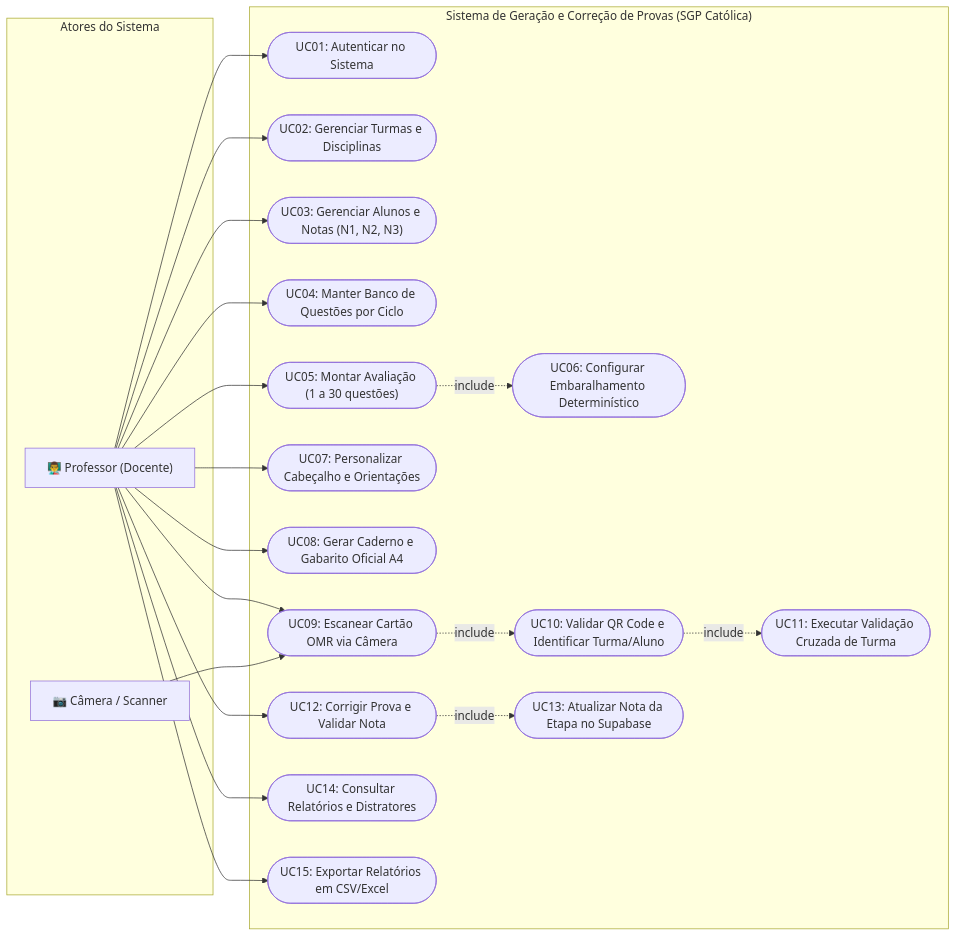
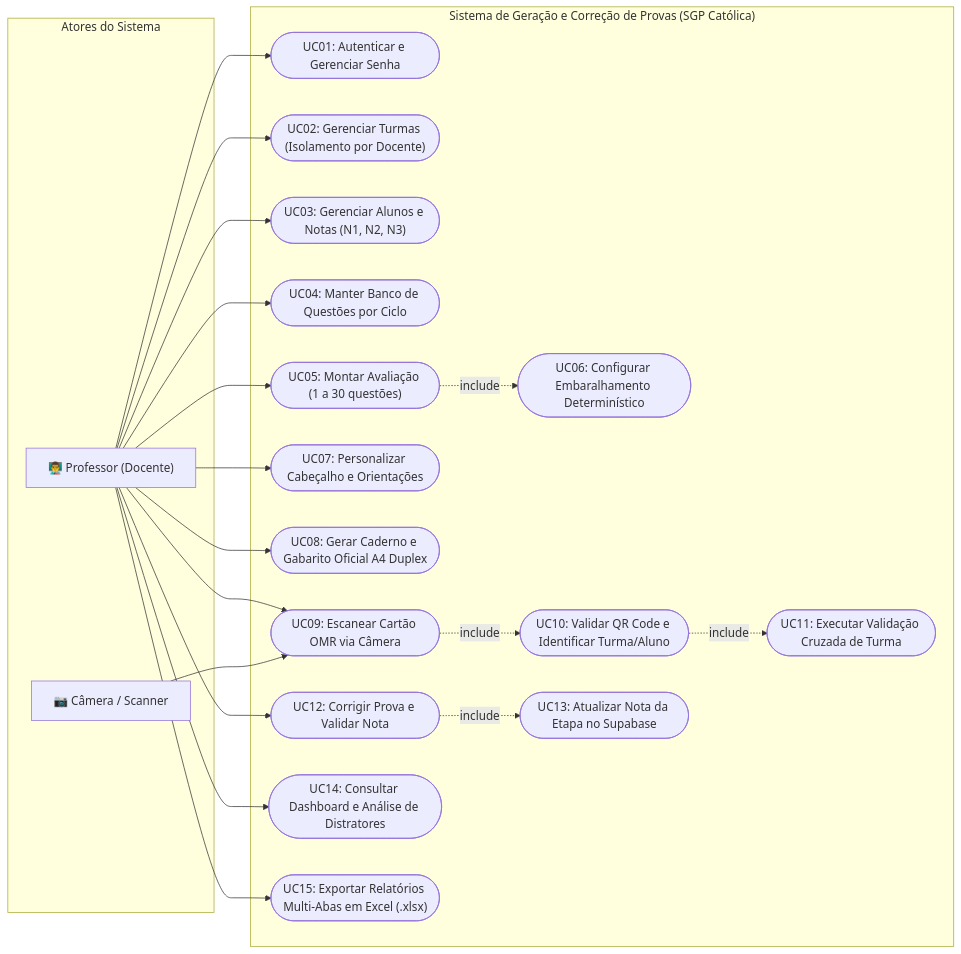
Before and after one commit to Agenorsc/SGP-CATOLICA-NEXT: the diagram in README.md, drawn with Mermaid. The commit also changed other lines of this file, not shown here.

````diff
--- a/README.md
+++ b/README.md
@@ -187,44 +154,44 @@
 ```mermaid
 flowchart LR
     subgraph Atores["Atores do Sistema"]
         Prof["👨‍🏫 Professor (Docente)"]
         Cam["📷 Câmera / Scanner"]
     end
 
     subgraph SGP["Sistema de Geração e Correção de Provas (SGP Católica)"]
-        UC01(["UC01: Autenticar no Sistema"])
-        UC02(["UC02: Gerenciar Turmas e Disciplinas"])
+        UC01(["UC01: Autenticar e Gerenciar Senha"])
+        UC02(["UC02: Gerenciar Turmas (Isolamento por Docente)"])
         UC03(["UC03: Gerenciar Alunos e Notas (N1, N2, N3)"])
         UC04(["UC04: Manter Banco de Questões por Ciclo"])
         UC05(["UC05: Montar Avaliação (1 a 30 questões)"])
         UC06(["UC06: Configurar Embaralhamento Determinístico"])
         UC07(["UC07: Personalizar Cabeçalho e Orientações"])
-        UC08(["UC08: Gerar Caderno e Gabarito Oficial A4"])
+        UC08(["UC08: Gerar Caderno e Gabarito Oficial A4 Duplex"])
         UC09(["UC09: Escanear Cartão OMR via Câmera"])
         UC10(["UC10: Validar QR Code e Identificar Turma/Aluno"])
         UC11(["UC11: Executar Validação Cruzada de Turma"])
         UC12(["UC12: Corrigir Prova e Validar Nota"])
         UC13(["UC13: Atualizar Nota da Etapa no Supabase"])
-        UC14(["UC14: Consultar Relatórios e Distratores"])
-        UC15(["UC15: Exportar Relatórios em CSV/Excel"])
+        UC14(["UC14: Consultar Dashboard e Análise de Distratores"])
+        UC15(["UC15: Exportar Relatórios Multi-Abas em Excel (.xlsx)"])
     end
 
     Prof --> UC01
     Prof --> UC02
     Prof --> UC03
     Prof --> UC04
     Prof --> UC05
     Prof --> UC07
     Prof --> UC08
     Prof --> UC09
     Prof --> UC12
     Prof --> UC14
     Prof --> UC15
 
     Cam --> UC09
 
     UC05 -.->|include| UC06
     UC09 -.->|include| UC10
     UC10 -.->|include| UC11
     UC12 -.->|include| UC13
 ```
````
